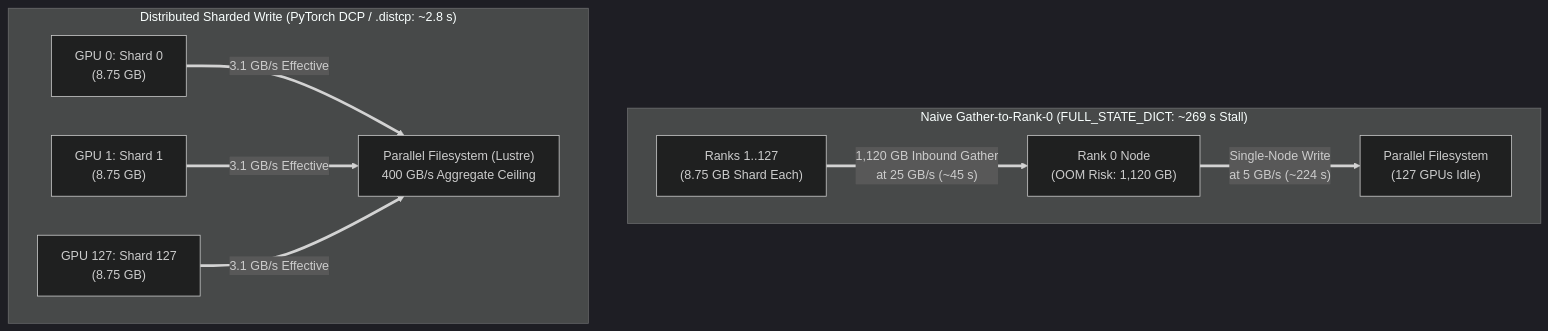
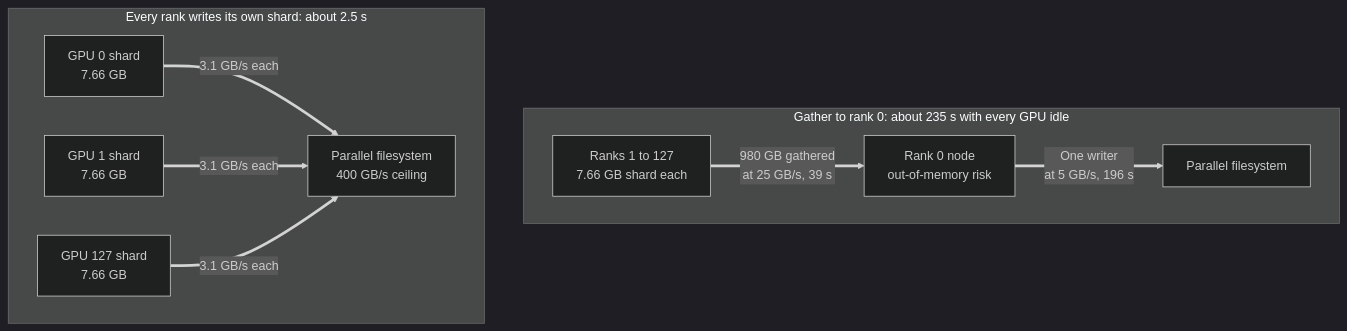
Before and after one commit to jithinpnjm/ai-infra-handbook: the first of 3 diagrams in docs/part-14-training-finetuning/11-checkpointing-fault-tolerance-and-elastic-training.md, drawn with Mermaid (dark theme). The commit also changed other lines of this file and 8 other files, not shown here.

````diff
--- a/docs/part-14-training-finetuning/11-checkpointing-fault-tolerance-and-elastic-training.md
+++ b/docs/part-14-training-finetuning/11-checkpointing-fault-tolerance-and-elastic-training.md
@@ -114,15 +91,15 @@
 ```mermaid
 flowchart TB
-    subgraph Naive["Naive Gather-to-Rank-0 (FULL_STATE_DICT: ~269 s Stall)"]
+    subgraph Naive["Gather to rank 0: about 235 s with every GPU idle"]
         direction LR
-        NR1["Ranks 1..127<br/>(8.75 GB Shard Each)"] ==>|"1,120 GB Inbound Gather<br/>at 25 GB/s (~45 s)"| NR0["Rank 0 Node<br/>(OOM Risk: 1,120 GB)"]
-        NR0 ==>|"Single-Node Write<br/>at 5 GB/s (~224 s)"| NStore["Parallel Filesystem<br/>(127 GPUs Idle)"]
+        NR1["Ranks 1 to 127<br/>7.66 GB shard each"] ==>|"980 GB gathered<br/>at 25 GB/s, 39 s"| NR0["Rank 0 node<br/>out-of-memory risk"]
+        NR0 ==>|"One writer<br/>at 5 GB/s, 196 s"| NStore["Parallel filesystem"]
     end
 
-    subgraph Sharded["Distributed Sharded Write (PyTorch DCP / .distcp: ~2.8 s)"]
+    subgraph Sharded["Every rank writes its own shard: about 2.5 s"]
         direction LR
-        SR0["GPU 0: Shard 0<br/>(8.75 GB)"] ==>|"3.1 GB/s Effective"| PStore["Parallel Filesystem (Lustre)<br/>400 GB/s Aggregate Ceiling"]
-        SR1["GPU 1: Shard 1<br/>(8.75 GB)"] ==>|"3.1 GB/s Effective"| PStore
-        SR127["GPU 127: Shard 127<br/>(8.75 GB)"] ==>|"3.1 GB/s Effective"| PStore
+        SR0["GPU 0 shard<br/>7.66 GB"] ==>|"3.1 GB/s each"| PStore["Parallel filesystem<br/>400 GB/s ceiling"]
+        SR1["GPU 1 shard<br/>7.66 GB"] ==>|"3.1 GB/s each"| PStore
+        SR127["GPU 127 shard<br/>7.66 GB"] ==>|"3.1 GB/s each"| PStore
     end
 ```
````
